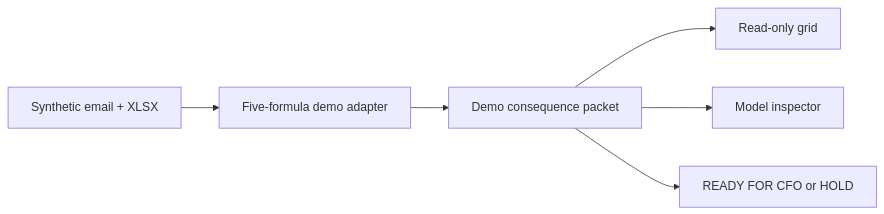
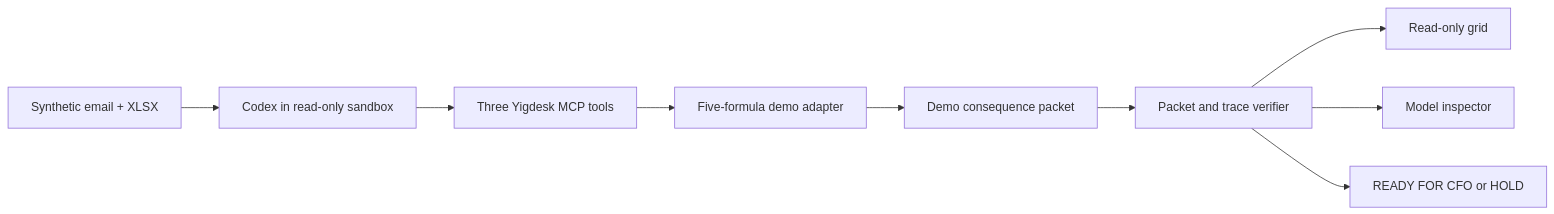
Before and after one commit to Henghenggao/yigdesk: the diagram in docs/ARCHITECTURE.md, drawn with Mermaid. The commit also changed other lines of this file and 29 other files, not shown here.

Commit message:
feat: add fail-closed Codex MCP harness

```diff
--- a/docs/ARCHITECTURE.md
+++ b/docs/ARCHITECTURE.md
@@ -31,8 +42,11 @@
 ~~~mermaid
 flowchart LR
-    E["Synthetic email + XLSX"] --> A["Five-formula demo adapter"]
+    E["Synthetic email + XLSX"] --> C["Codex in read-only sandbox"]
+    C --> M["Three Yigdesk MCP tools"]
+    M --> A["Five-formula demo adapter"]
     A --> P["Demo consequence packet"]
-    P --> G["Read-only grid"]
-    P --> I["Model inspector"]
-    P --> H["READY FOR CFO or HOLD"]
+    P --> V["Packet and trace verifier"]
+    V --> G["Read-only grid"]
+    V --> I["Model inspector"]
+    V --> H["READY FOR CFO or HOLD"]
 ~~~
```
